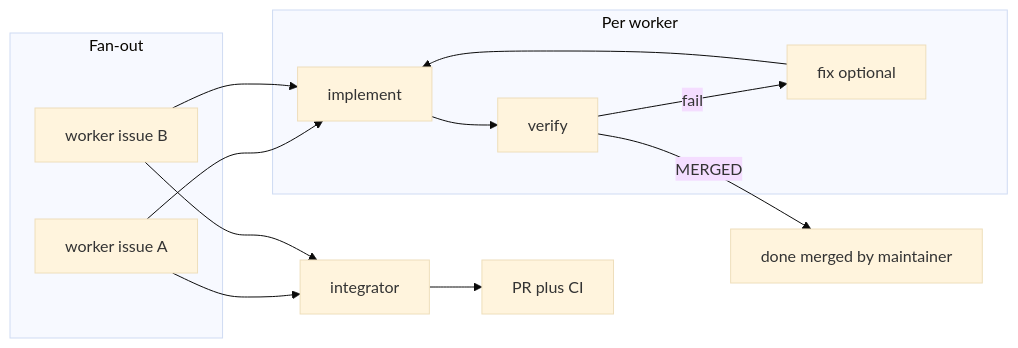
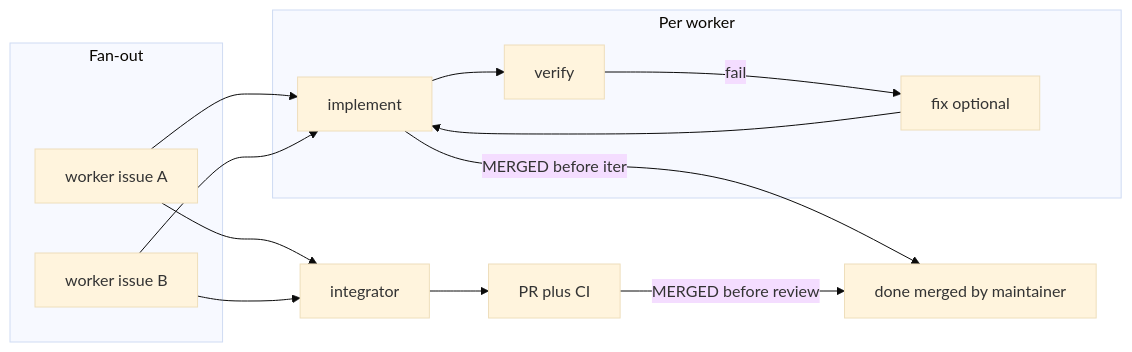
Before and after one commit to chatondearu/ai-dev-kit: the second of 2 diagrams in doc/architecture.md, drawn with Mermaid (base theme). The commit also changed 1 other file, not shown here.

Commit message:
test(cda-dev): cover MERGED short-circuit during review rounds
Prove OPEN-at-lookup then MERGED before round 1 exits done without reviewer;
align architecture flowchart with pre-iter / pre-review checks.

````diff
--- a/doc/architecture.md
+++ b/doc/architecture.md
@@ -54,19 +54,20 @@
 ```mermaid
 flowchart LR
   subgraph workers [Fan-out]
     W1[worker issue A]
     W2[worker issue B]
   end
   subgraph nodes [Per worker]
     I[implement]
     V[verify]
     F[fix optional]
   end
   W1 --> I --> V
   V -->|fail| F --> I
-  V -->|MERGED| D[done merged by maintainer]
+  I -->|MERGED before iter| D[done merged by maintainer]
   W2 --> I
   W1 --> INT[integrator]
   W2 --> INT
   INT --> PR[PR plus CI]
+  PR -->|MERGED before review| D
 ```
````
